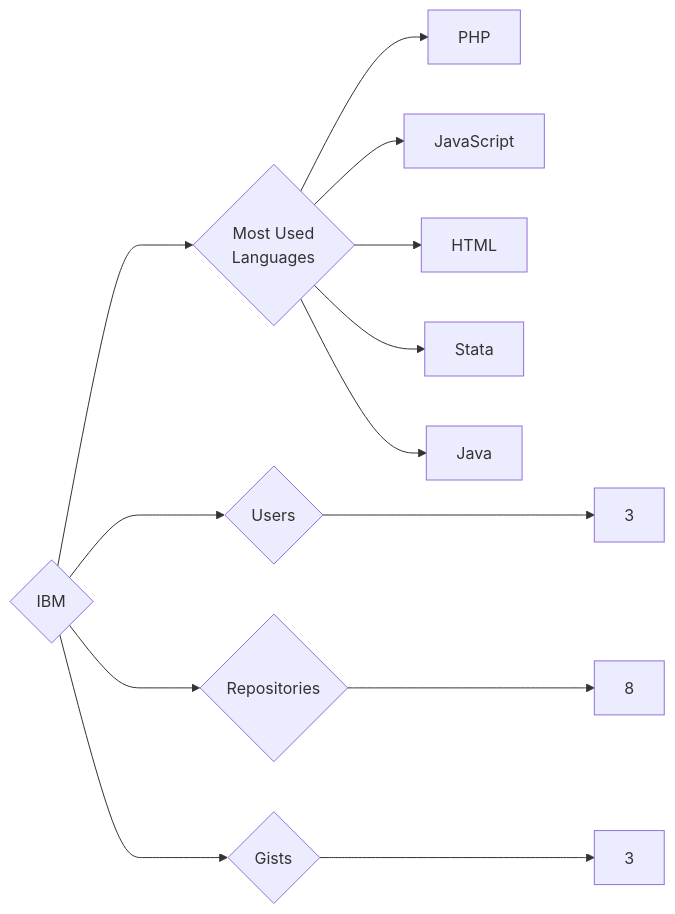
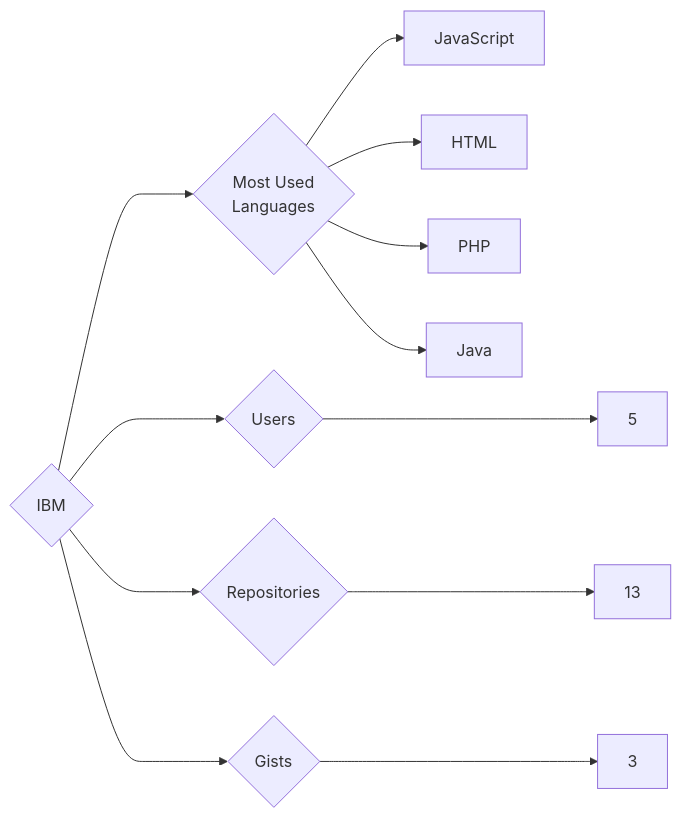
Before and after one commit to trickest/insiders: the diagram in targets/IBM/README.md, drawn with Mermaid. The commit also changed 783 other files, not shown here.

````diff
--- a/targets/IBM/README.md
+++ b/targets/IBM/README.md
@@ -3,13 +3,12 @@
 ```mermaid
 graph LR
 COMPANY_NAME{IBM}
-COMPANY_NAME ---> U{Users} ---> UN[3]
-COMPANY_NAME ---> R{Repositories} ---> RN[8]
+COMPANY_NAME ---> U{Users} ---> UN[5]
+COMPANY_NAME ---> R{Repositories} ---> RN[13]
 COMPANY_NAME ---> G{Gists} ---> GN[3]
 COMPANY_NAME ---> ML{Most Used<br>Languages}
-ML --> PHP[PHP]
 ML --> JavaScript[JavaScript]
 ML --> HTML[HTML]
-ML --> Stata[Stata]
+ML --> PHP[PHP]
 ML --> Java[Java]
 ```
````
